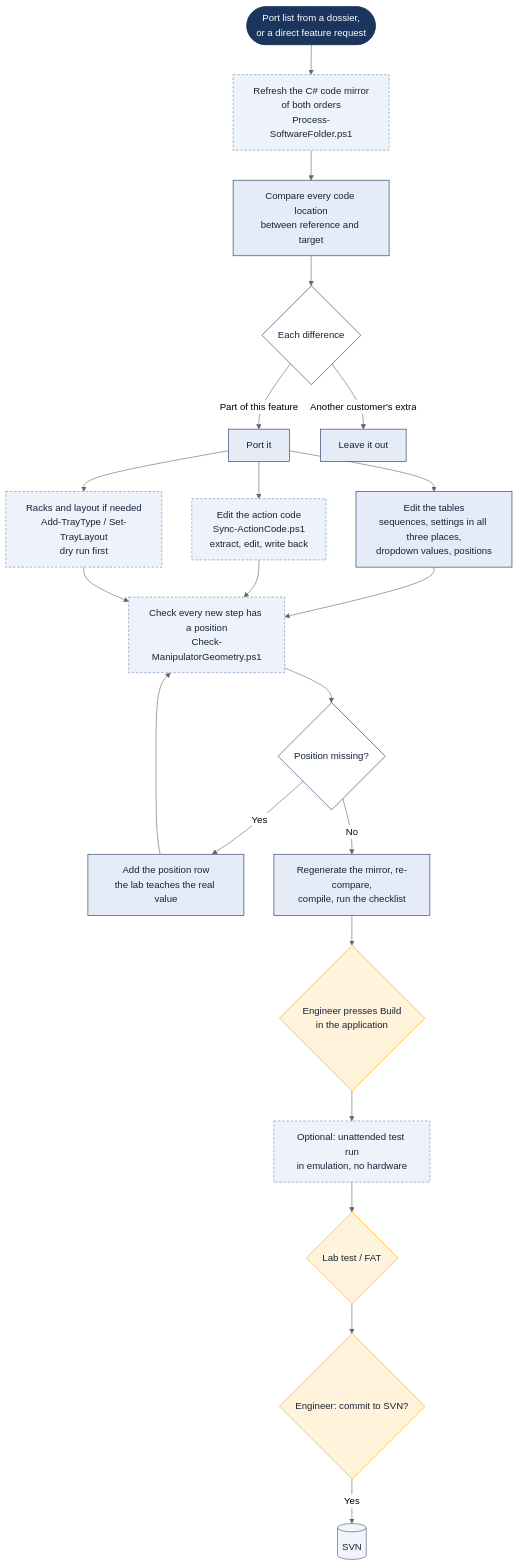
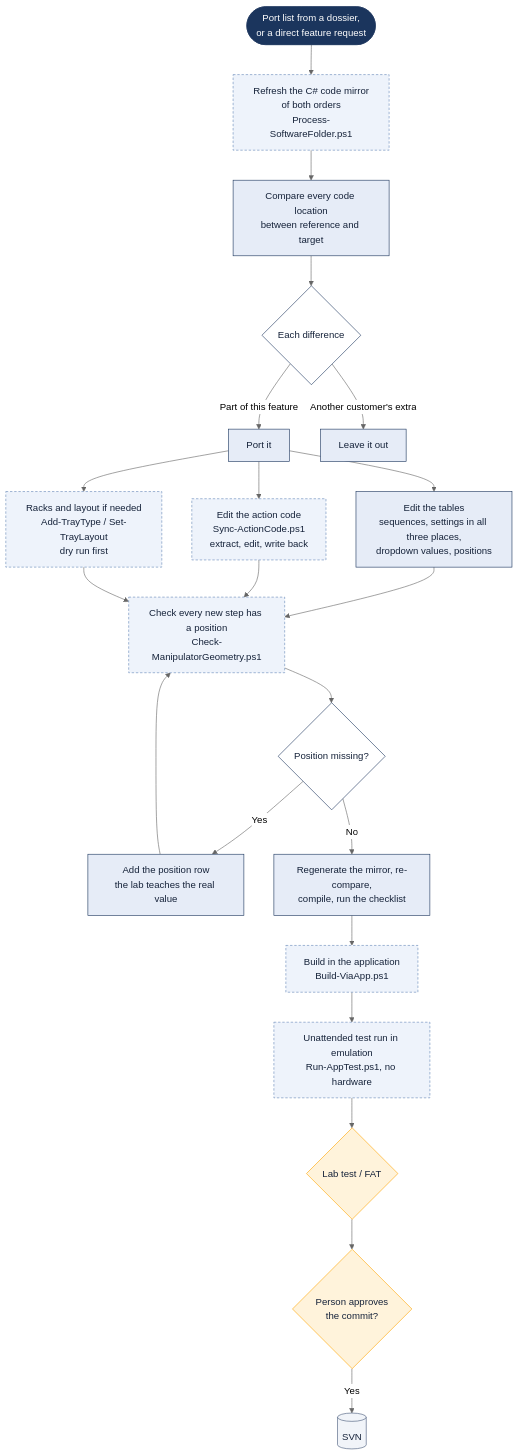
The diagram in Rollout/Flowcharts/06-feature-implementation.md (SkalarJoostE/Robotics-Private), drawn with Mermaid (neutral theme) before and after one commit. The commit also changed other lines of this file and 19 other files, not shown here.

````diff
--- a/Rollout/Flowcharts/06-feature-implementation.md
+++ b/Rollout/Flowcharts/06-feature-implementation.md
@@ -7,27 +7,27 @@
 ```mermaid
 flowchart TD
     Q([Port list from a dossier,<br/>or a direct feature request]):::start --> MIRROR["Refresh the C# code mirror<br/>of both orders<br/>Process-SoftwareFolder.ps1"]:::script
     MIRROR --> DIFF[Compare every code location<br/>between reference and target]:::ai
     DIFF --> SORT{Each difference}:::decision
     SORT -->|"Part of this feature"| PORT[Port it]:::ai
     SORT -->|"Another customer's extra"| SKIP[Leave it out]:::ai
     PORT --> TABLES[Edit the tables<br/>sequences, settings in all three places,<br/>dropdown values, positions]:::ai
     PORT --> CODE["Edit the action code<br/>Sync-ActionCode.ps1<br/>extract, edit, write back"]:::script
     PORT --> TRAYS["Racks and layout if needed<br/>Add-TrayType / Set-TrayLayout<br/>dry run first"]:::script
     TABLES & CODE & TRAYS --> GEO["Check every new step has a position<br/>Check-ManipulatorGeometry.ps1"]:::script
     GEO --> MISS{Position missing?}:::decision
     MISS -->|Yes| ADDROW[Add the position row<br/>the lab teaches the real value]:::ai --> GEO
     MISS -->|No| VERIFY[Regenerate the mirror, re-compare,<br/>compile, run the checklist]:::ai
-    VERIFY --> BUILD{Engineer presses Build<br/>in the application}:::human
-    BUILD --> TEST[Optional: unattended test run<br/>in emulation, no hardware]:::script
+    VERIFY --> BUILD["Build in the application<br/>Build-ViaApp.ps1"]:::script
+    BUILD --> TEST["Unattended test run in emulation<br/>Run-AppTest.ps1, no hardware"]:::script
     TEST --> FAT{Lab test / FAT}:::human
-    FAT --> COMMIT{Engineer: commit to SVN?}:::human
+    FAT --> COMMIT{Person approves<br/>the commit?}:::human
     COMMIT -->|Yes| SVN[(SVN)]:::store
 
     classDef start fill:#1b355d,stroke:#1b355d,color:#ffffff
     classDef ai fill:#e6ecf7,stroke:#1b355d,color:#16233a
     classDef script fill:#eef3fb,stroke:#6686b7,color:#16233a,stroke-dasharray:4 3
     classDef decision fill:#ffffff,stroke:#1b355d,color:#16233a
     classDef human fill:#fff3db,stroke:#ffa400,color:#16233a
     classDef store fill:#f1f4f9,stroke:#47597a,color:#16233a
 ```
````
